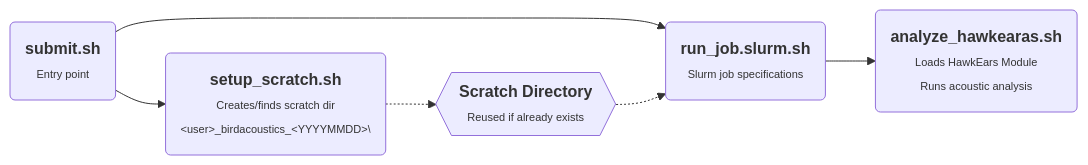
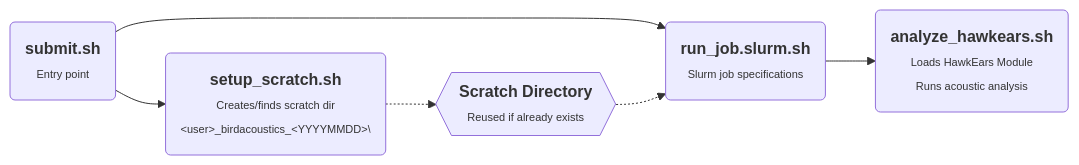
One commit to SamLokanc/birdacoustics changed the diagram in README.md. Above: the diagram before and after it, drawn with Mermaid.

````diff
--- a/README.md
+++ b/README.md
@@ -13,19 +13,19 @@
 ```mermaid
 flowchart LR
     A("`**submit.sh**
     <span style='font-size: 11px;'>Entry point</span>`")
     B("`**setup_scratch.sh**
     <span style='font-size: 11px;'>Creates/finds scratch dir </br> &ltuser&gt\_birdacoustics\_&ltYYYYMMDD&gt\ </span>`")
     C{{"`**Scratch Directory**
     <span style='font-size: 11px;'> Reused if already exists </span>`"}}
     D("`**run_job.slurm.sh**
     <span style='font-size: 11px;'> Slurm job specifications </span>`")
-    E("`**analyze_hawkearas.sh**
+    E("`**analyze_hawkears.sh**
     <span style='font-size: 11px;'> Loads HawkEars Module </br> Runs acoustic analysis</span>`")
 
     A --> B 
     A --> D
     B -.-> C
     C -.-> D
     D --> E
 ```
````
